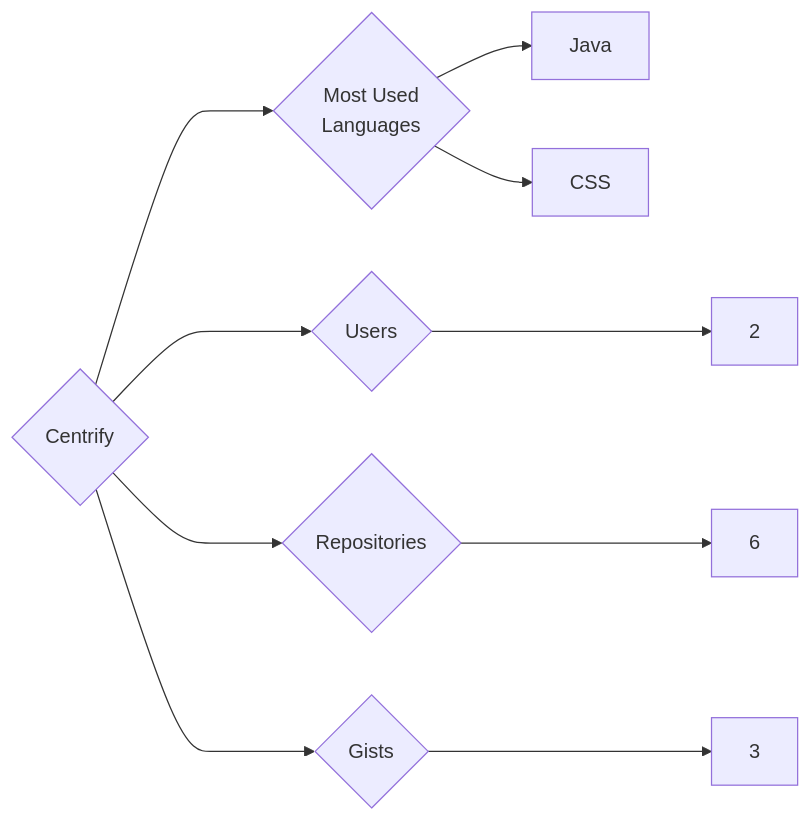
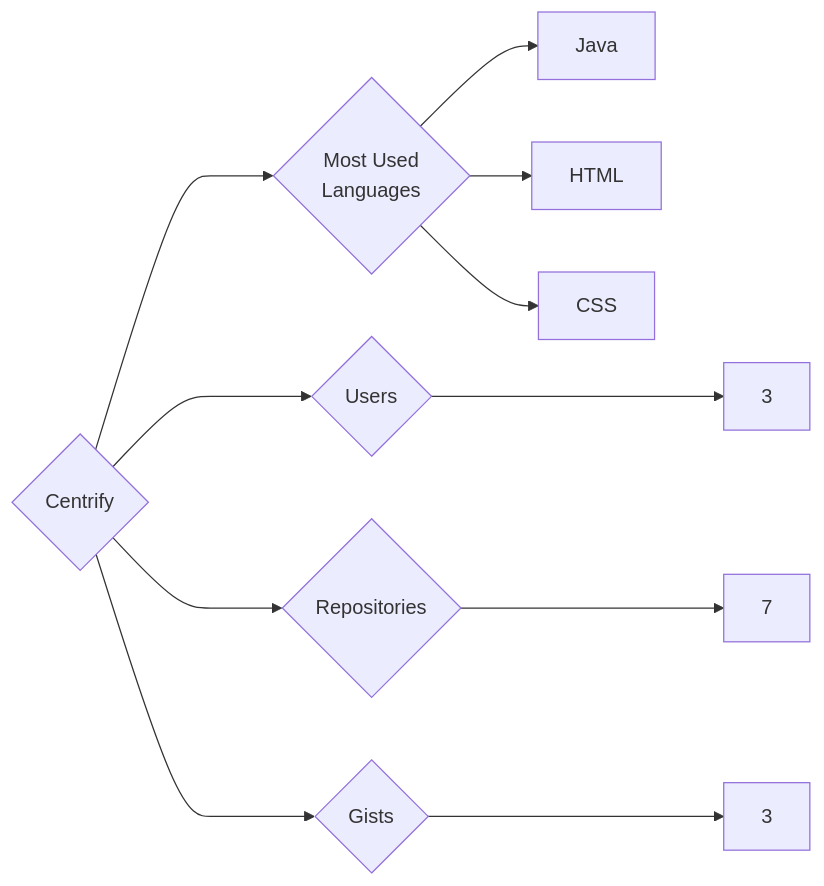
The diagram in targets/Centrify/README.md (trickest/insiders), drawn with Mermaid before and after one commit. The commit also changed 899 other files, not shown here.

````diff
--- a/targets/Centrify/README.md
+++ b/targets/Centrify/README.md
@@ -3,10 +3,11 @@
 ```mermaid
 graph LR
 COMPANY_NAME{Centrify}
-COMPANY_NAME ---> U{Users} ---> UN[2]
-COMPANY_NAME ---> R{Repositories} ---> RN[6]
+COMPANY_NAME ---> U{Users} ---> UN[3]
+COMPANY_NAME ---> R{Repositories} ---> RN[7]
 COMPANY_NAME ---> G{Gists} ---> GN[3]
 COMPANY_NAME ---> ML{Most Used<br>Languages}
 ML --> Java[Java]
+ML --> HTML[HTML]
 ML --> CSS[CSS]
 ```
````
